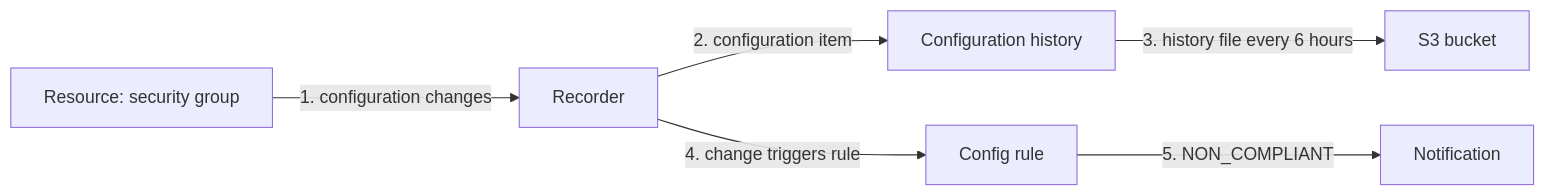
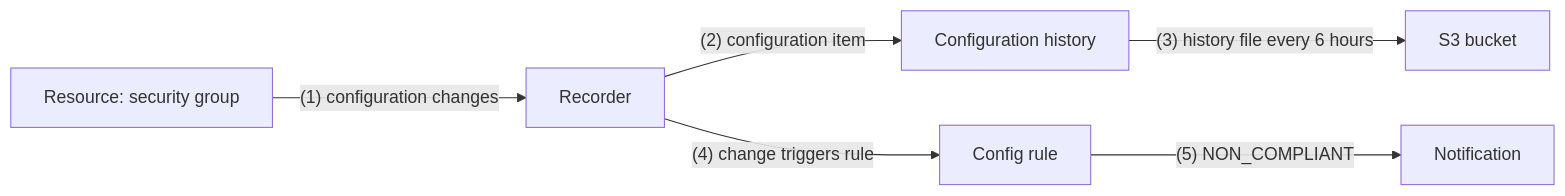
Before and after one commit to firmanains/Belajar: the second of 2 diagrams in AWS/SAA/monitoring/aws-config.md, drawn with Mermaid. The commit also changed 14 other files, not shown here.

First line of the commit message:
Fix Mermaid labels that rendered as "Unsupported markdown"

````diff
--- a/AWS/SAA/monitoring/aws-config.md
+++ b/AWS/SAA/monitoring/aws-config.md
@@ -61,8 +61,8 @@
 ```mermaid
 flowchart LR
-  res["Resource: security group"] -->|1. configuration changes| rec["Recorder"]
-  rec -->|2. configuration item| hist["Configuration history"]
-  hist -->|3. history file every 6 hours| s3["S3 bucket"]
-  rec -->|4. change triggers rule| rule["Config rule"]
-  rule -->|5. NON_COMPLIANT| note["Notification"]
+  res["Resource: security group"] -->|"(1) configuration changes"| rec["Recorder"]
+  rec -->|"(2) configuration item"| hist["Configuration history"]
+  hist -->|"(3) history file every 6 hours"| s3["S3 bucket"]
+  rec -->|"(4) change triggers rule"| rule["Config rule"]
+  rule -->|"(5) NON_COMPLIANT"| note["Notification"]
 ```
````
